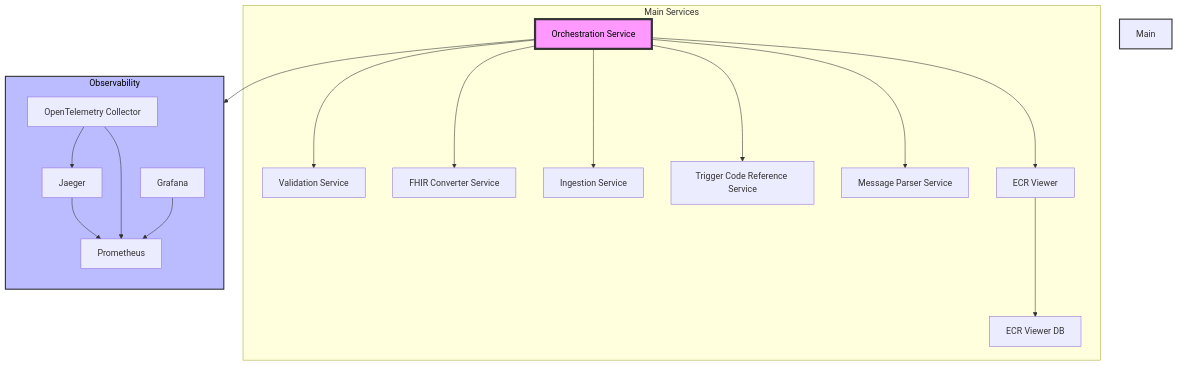
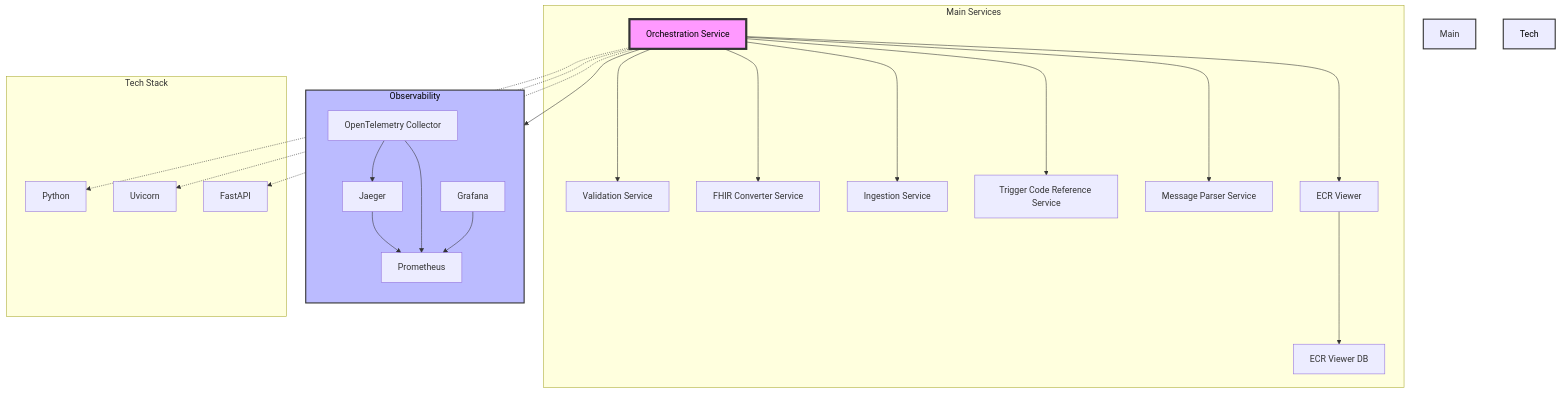
The first of 2 diagrams in containers/orchestration/description.md (CDCgov/phdi), drawn with Mermaid before and after one commit.

````diff
--- a/containers/orchestration/description.md
+++ b/containers/orchestration/description.md
@@ -92,27 +92,38 @@
 ```mermaid
 graph TD
     subgraph Main Services
         A[Orchestration Service]
         A --> B[Validation Service]
         A --> C[FHIR Converter Service]
         A --> D[Ingestion Service]
         A --> E[Trigger Code Reference Service]
         A --> F[Message Parser Service]
         A --> G[ECR Viewer]
         G --> H[ECR Viewer DB]
     end
 
     subgraph Observability
         direction TB
         I[Jaeger] --> J[Prometheus]
         K[OpenTelemetry Collector] --> J
         K --> I
         L[Grafana] --> J
     end
 
     A --> I
 
+    subgraph Tech Stack
+        M[Python]
+        N[Uvicorn]
+        O[FastAPI]
+    end
+
+    A -.-> M
+    A -.-> N
+    A -.-> O
+
     style A fill:#f9f,stroke:#333,stroke-width:4px,color:#000
     style Main Services fill:#bbf,stroke:#333,stroke-width:2px
     style Observability fill:#bbf,stroke:#333,stroke-width:2px,color:#000
+    style Tech Stack fill:#bbf,stroke:#333,stroke-width:2px,color:#000
 ```
````
